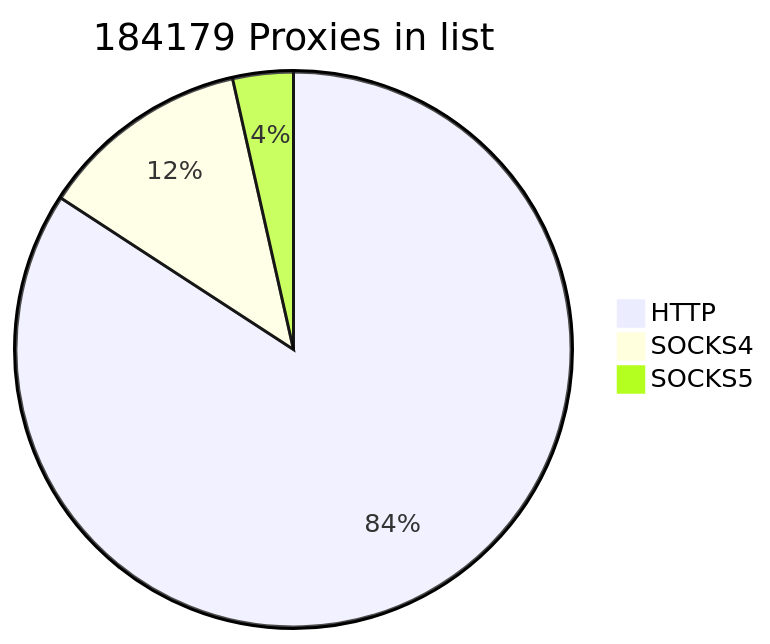
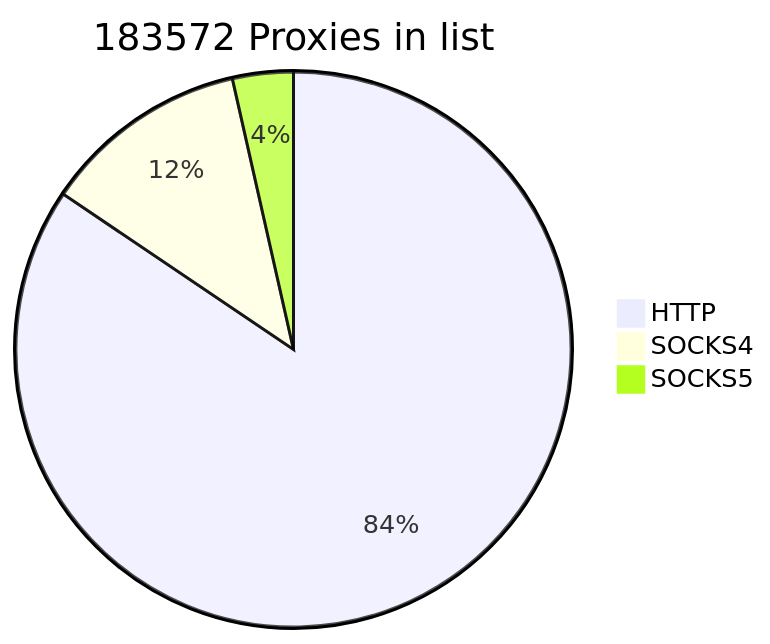
Before and after one commit to cutipu/proxylist: the first of 2 diagrams in README.md, drawn with Mermaid. The commit also changed other lines of this file, not shown here.

````diff
--- a/README.md
+++ b/README.md
@@ -2,7 +2,7 @@
 ```mermaid
-pie title 184179 Proxies in list
-    "HTTP" : 155051
-    "SOCKS4" : 22641
-    "SOCKS5" : 6487
+pie title 183572 Proxies in list
+    "HTTP" : 155030
+    "SOCKS4" : 22056
+    "SOCKS5" : 6486
             
 ```
````
